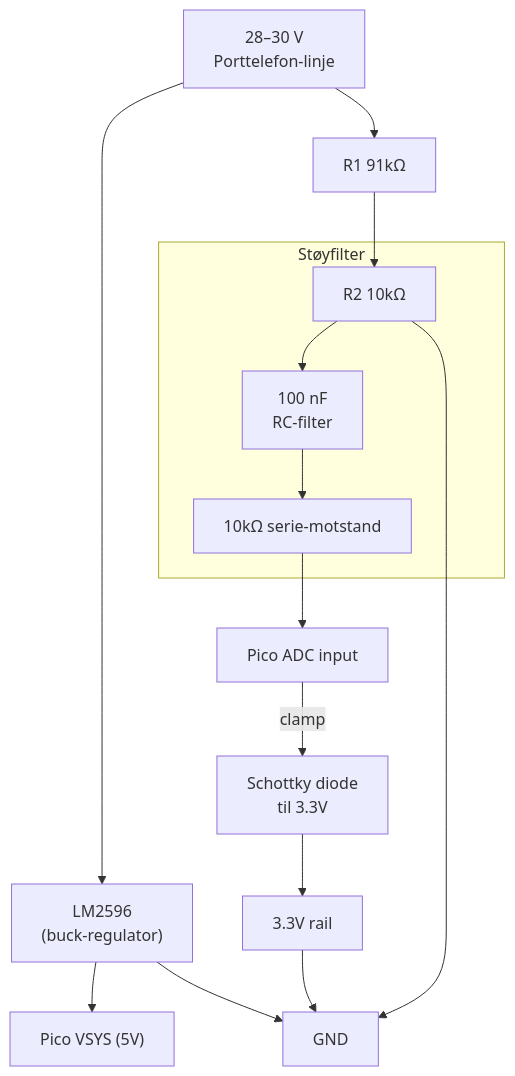
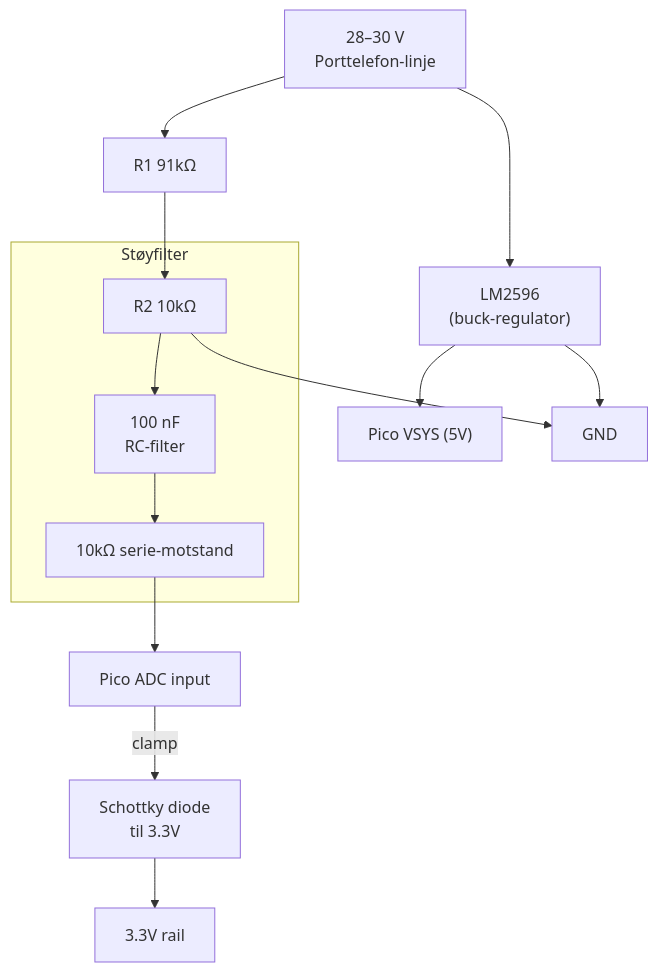
Before and after one commit to jonasfh/picobell: the second of 2 diagrams in docs/CONNECTIONS.md, drawn with Mermaid.

Commit message:
Fix error in diagram

````diff
--- a/docs/CONNECTIONS.md
+++ b/docs/CONNECTIONS.md
@@ -50,27 +50,26 @@
 ```mermaid
 
 flowchart TD
 
     PORT["28–30 V<br>Porttelefon-linje"]
 
     %% Power path
     PORT --> BREG["LM2596<br>(buck-regulator)"]
     BREG --> VSYS["Pico VSYS (5V)"]
 
     %% Signal tap
     PORT --> R1["R1 91kΩ"]
     R1 --> R2["R2 10kΩ"]
     subgraph FILTER ["Støyfilter"]
         R2 --> FILT["100 nF<br>RC-filter"]
         FILT --> SER["10kΩ serie-motstand"]
     end
     SER --> ADC["Pico ADC input"]
 
     %% Protection
     ADC -->|clamp| DIO["Schottky diode<br>til 3.3V"]
     DIO --> V33["3.3V rail"]
 
     R2 --> GND
     BREG --> GND
-    V33 --> GND
 ```
````
